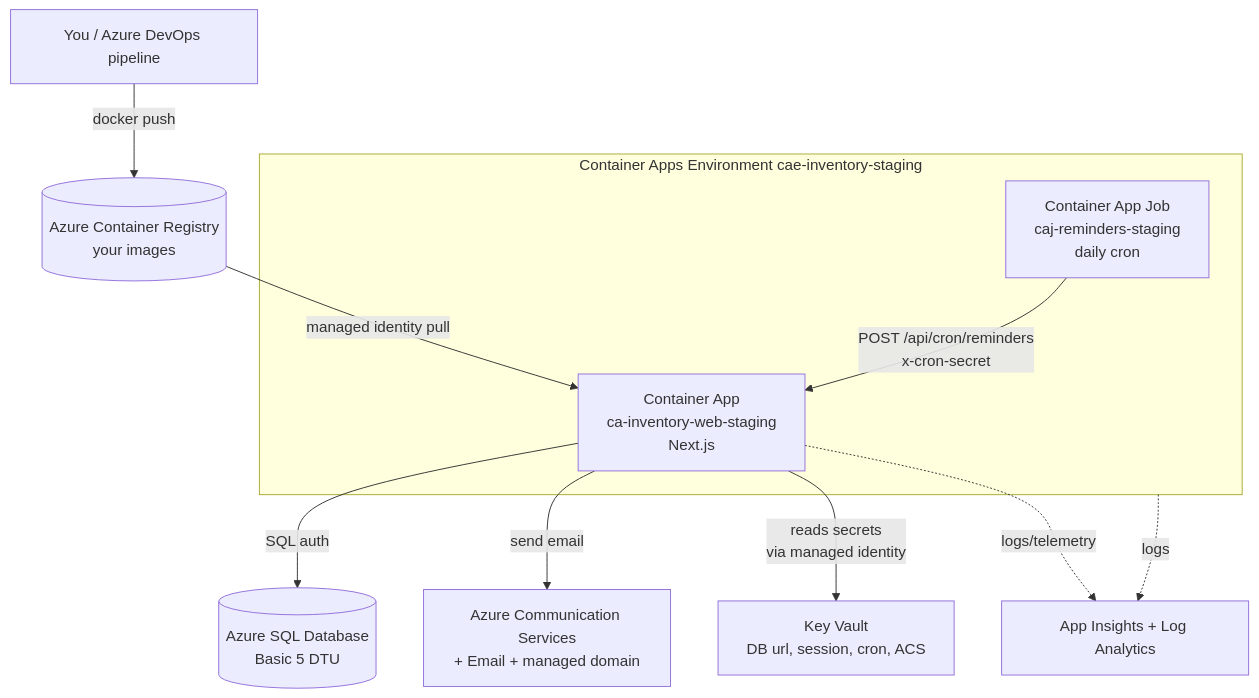
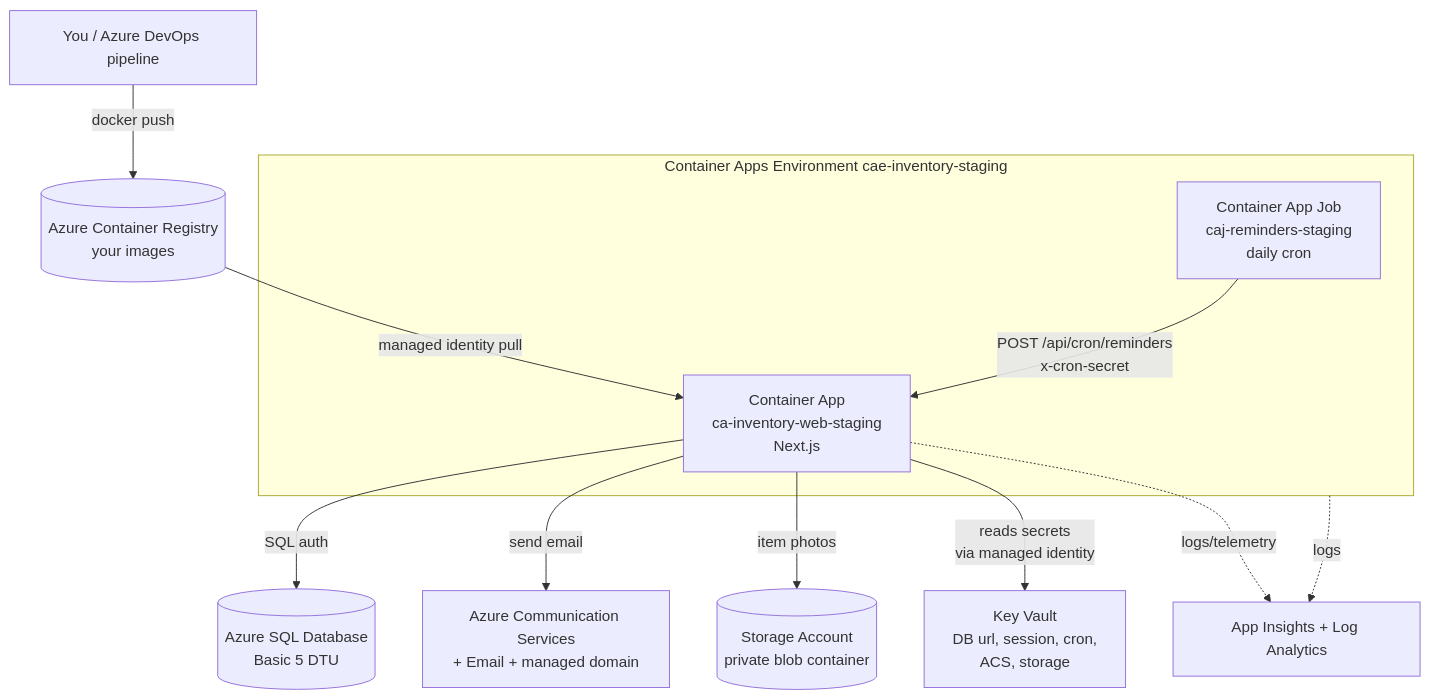
The diagram in docs/azure-staging-setup.md (shubham-srv/inventry), drawn with Mermaid before and after one commit. The commit also changed other lines of this file and 39 other files, not shown here.

````diff
--- a/docs/azure-staging-setup.md
+++ b/docs/azure-staging-setup.md
@@ -18,15 +18,16 @@
 ```mermaid
 flowchart TD
     Dev[You / Azure DevOps pipeline] -->|docker push| ACR[(Azure Container Registry<br/>your images)]
     subgraph ENV[Container Apps Environment  cae-inventory-staging]
       WEB[Container App<br/>ca-inventory-web-staging<br/>Next.js] 
       JOB[Container App Job<br/>caj-reminders-staging<br/>daily cron]
     end
     ACR -->|managed identity pull| WEB
     JOB -->|POST /api/cron/reminders<br/>x-cron-secret| WEB
     WEB -->|SQL auth| SQL[(Azure SQL Database<br/>Basic 5 DTU)]
     WEB -->|send email| ACS[Azure Communication Services<br/>+ Email + managed domain]
-    WEB -->|reads secrets<br/>via managed identity| KV[Key Vault<br/>DB url, session, cron, ACS]
+    WEB -->|item photos| BLOB[(Storage Account<br/>private blob container)]
+    WEB -->|reads secrets<br/>via managed identity| KV[Key Vault<br/>DB url, session, cron,<br/>ACS, storage]
     WEB -.logs/telemetry.-> AI[App Insights + Log Analytics]
     ENV -.logs.-> AI
 ```
````
